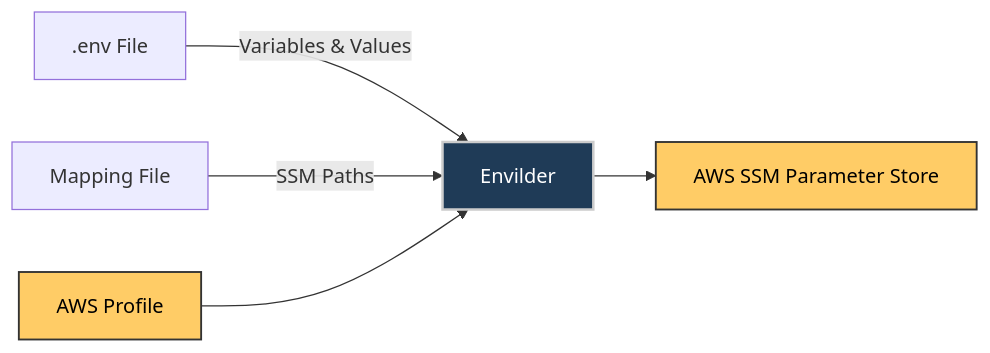
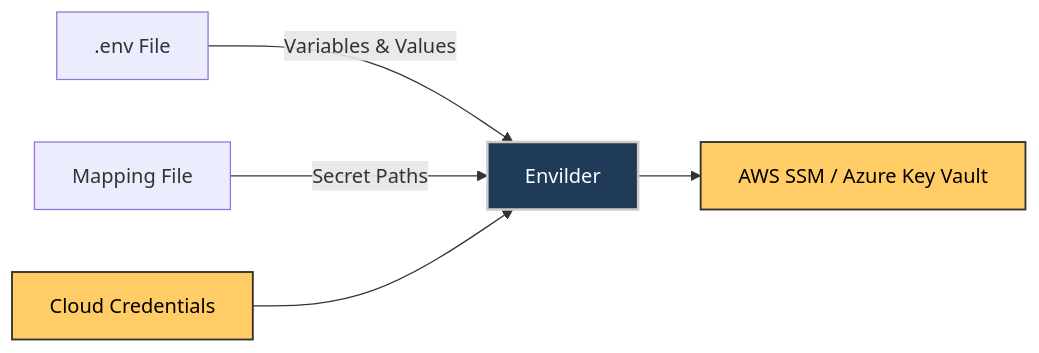
One commit to macalbert/envilder changed the first of 2 diagrams in docs/push-command.md. Above: the diagram before and after it, drawn with Mermaid. The commit also changed other lines of this file and 11 other files, not shown here.

First line of the commit message:
feat: Add Azure Key Vault support for secret management

````diff
--- a/docs/push-command.md
+++ b/docs/push-command.md
@@ -49,10 +52,10 @@
 ```mermaid
 graph LR
   A[.env File] --> |Variables & Values| B[Envilder]:::core
-  C[Mapping File] --> |SSM Paths| B
-  D[AWS Profile]:::aws --> B
-  B --> E[AWS SSM Parameter Store]:::aws
+  C[Mapping File] --> |Secret Paths| B
+  D[Cloud Credentials]:::cloud --> B
+  B --> E[AWS SSM / Azure Key Vault]:::cloud
 
-  classDef aws fill:#ffcc66,color:#000000,stroke:#333,stroke-width:1.5px;
+  classDef cloud fill:#ffcc66,color:#000000,stroke:#333,stroke-width:1.5px;
   classDef core fill:#1f3b57,color:#fff,stroke:#ccc,stroke-width:2px;
 ```
````
